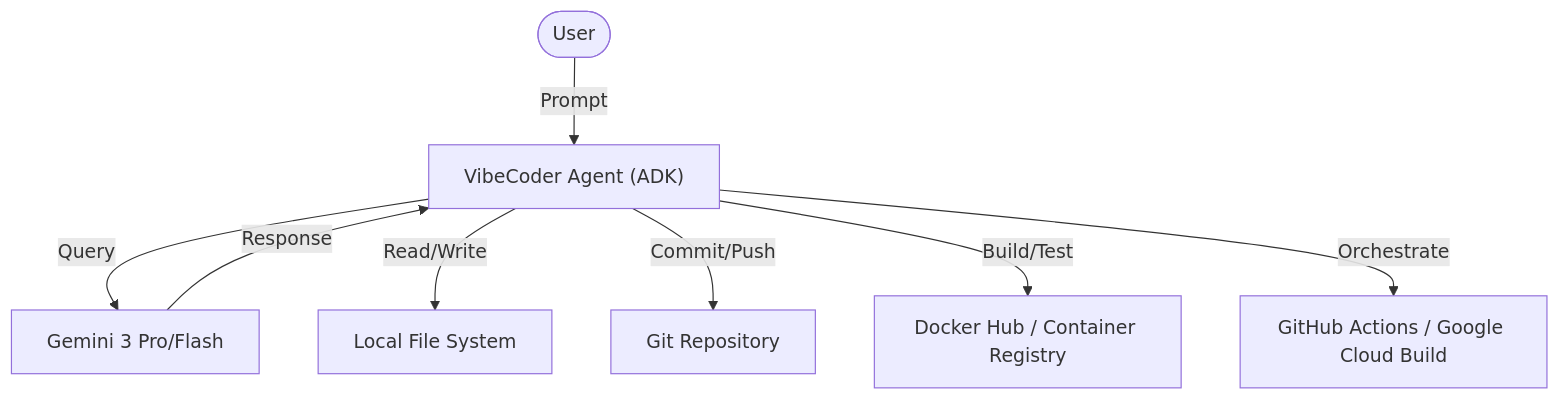
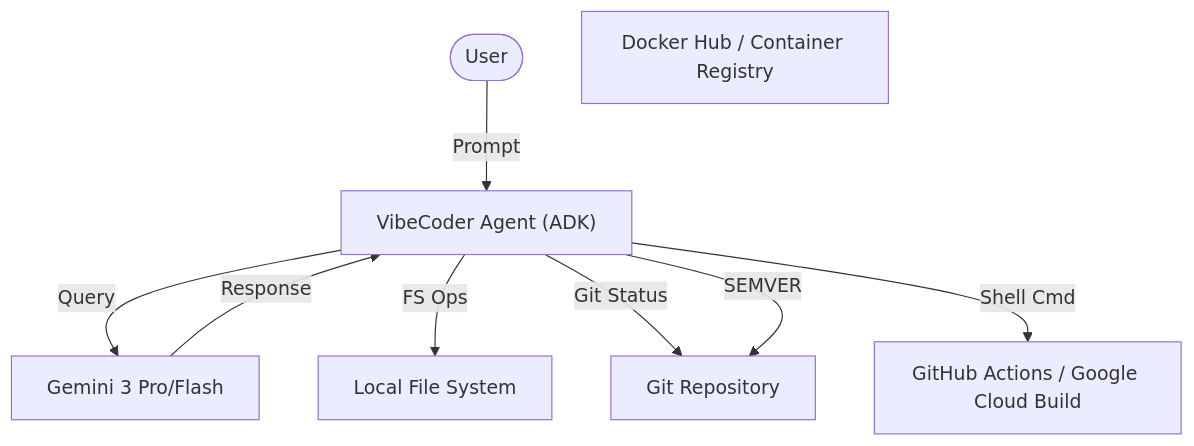
One commit to User17745/vibe-coder-agent changed the diagram in docs/architecture.md. Above: the diagram before and after it, drawn with Mermaid. The commit also changed 16 other files, not shown here.

Commit message:
feat: enhance agent capabilities with search and git tools, improve Docker security, and add regression testing infrastructure

````diff
--- a/docs/architecture.md
+++ b/docs/architecture.md
@@ -4,18 +4,18 @@
 ```mermaid
 graph TD
     User([User])
     VibeCoder["VibeCoder Agent (ADK)"]
     LLM["Gemini 3 Pro/Flash"]
     FileSystem["Local File System"]
     Git["Git Repository"]
     Docker["Docker Hub / Container Registry"]
     CI_CD["GitHub Actions / Google Cloud Build"]
 
     User -- "Prompt" --> VibeCoder
     VibeCoder -- "Query" --> LLM
     LLM -- "Response" --> VibeCoder
-    VibeCoder -- "Read/Write" --> FileSystem
-    VibeCoder -- "Commit/Push" --> Git
-    VibeCoder -- "Build/Test" --> Docker
-    VibeCoder -- "Orchestrate" --> CI_CD
+    VibeCoder -- "FS Ops" --> FileSystem
+    VibeCoder -- "Git Status" --> Git
+    VibeCoder -- "SEMVER" --> Git
+    VibeCoder -- "Shell Cmd" --> CI_CD
 ```
````
